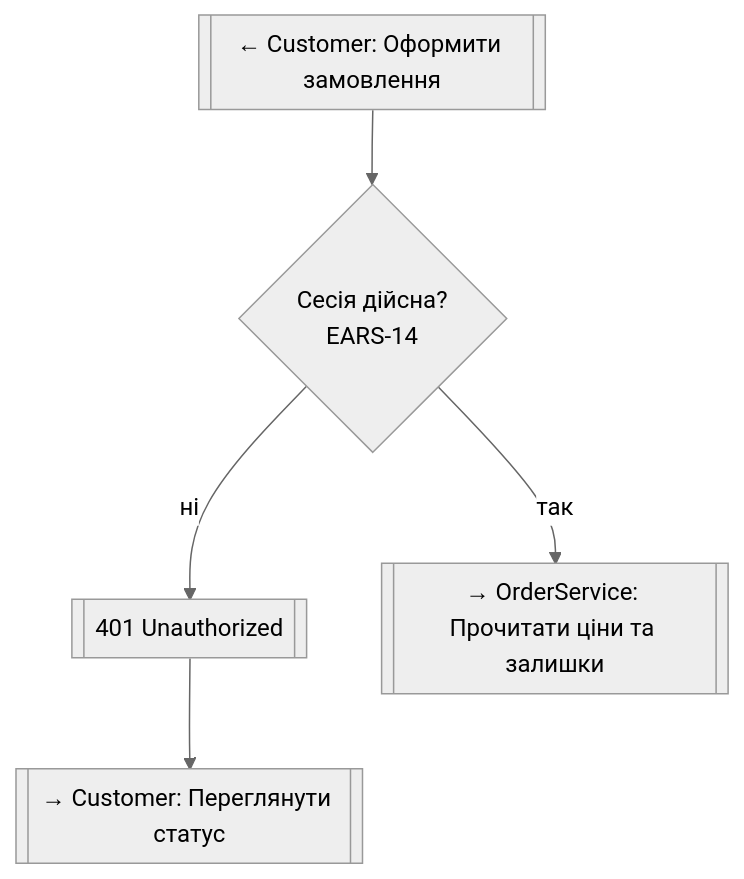
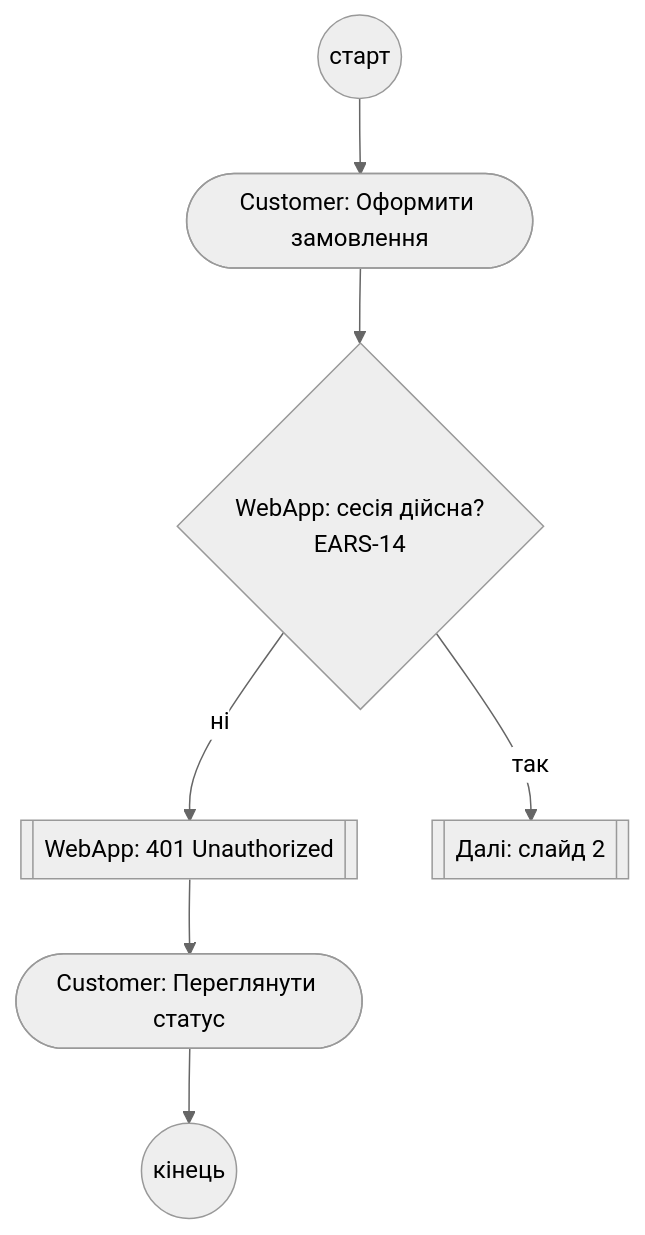
Before and after one commit to Stefect/Modeling-and-Analysis-of-Software-Requirements: the first of 6 diagrams in task-4/activity.md, drawn with Mermaid (neutral theme). The commit also changed other lines of this file and 3 other files, not shown here.

````diff
--- a/task-4/activity.md
+++ b/task-4/activity.md
@@ -30,7 +10,9 @@
 ```mermaid
 flowchart TB
-    W0in[[← Customer: Оформити замовлення]] --> W1{Сесія дійсна?<br/>EARS-14}
-    W1 -- ні --> W2[[401 Unauthorized]]
-    W2 --> W2out[[→ Customer: Переглянути статус]]
-    W1 -- так --> W1out[[→ OrderService: Прочитати ціни та залишки]]
+    START((старт)) --> C1([Customer: Оформити замовлення])
+    C1 --> W1{WebApp: сесія дійсна?<br/>EARS-14}
+    W1 -- ні --> W2[[WebApp: 401 Unauthorized]]
+    W2 --> C3([Customer: Переглянути статус])
+    C3 --> STOP((кінець))
+    W1 -- так --> NEXT1[[Далі: слайд 2]]
 ```
````
